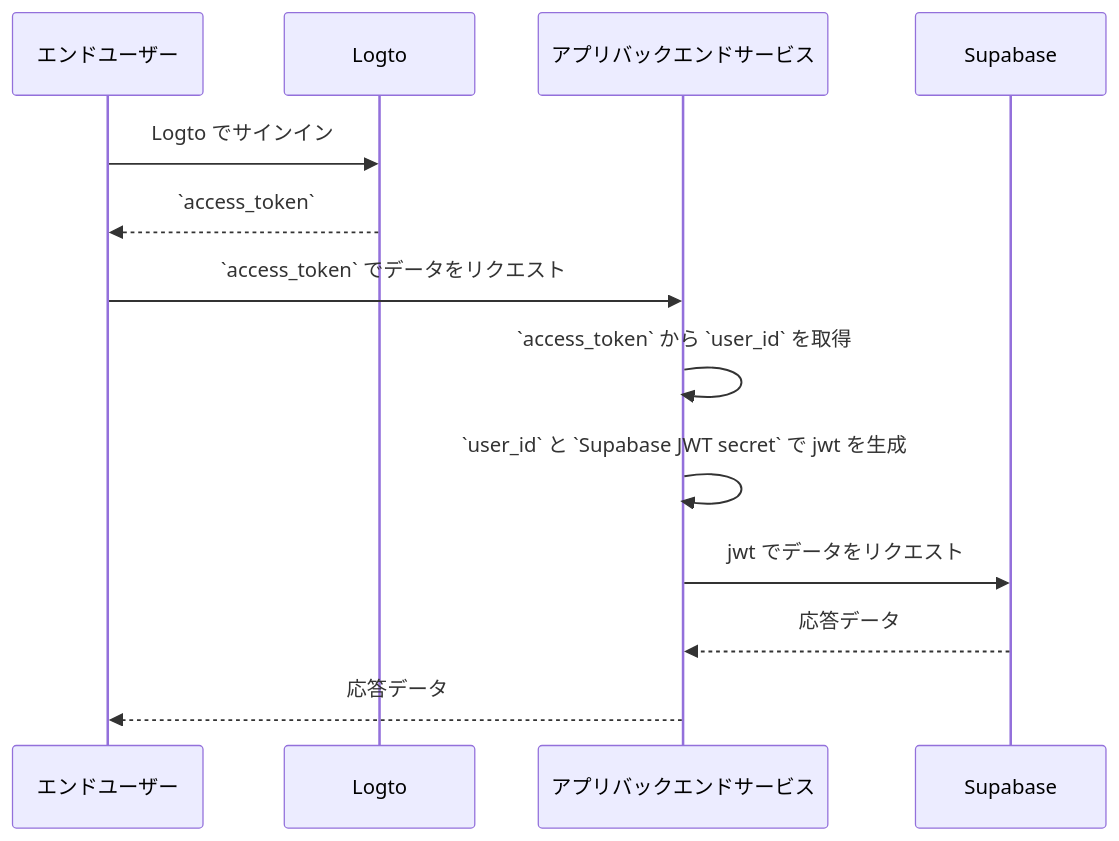
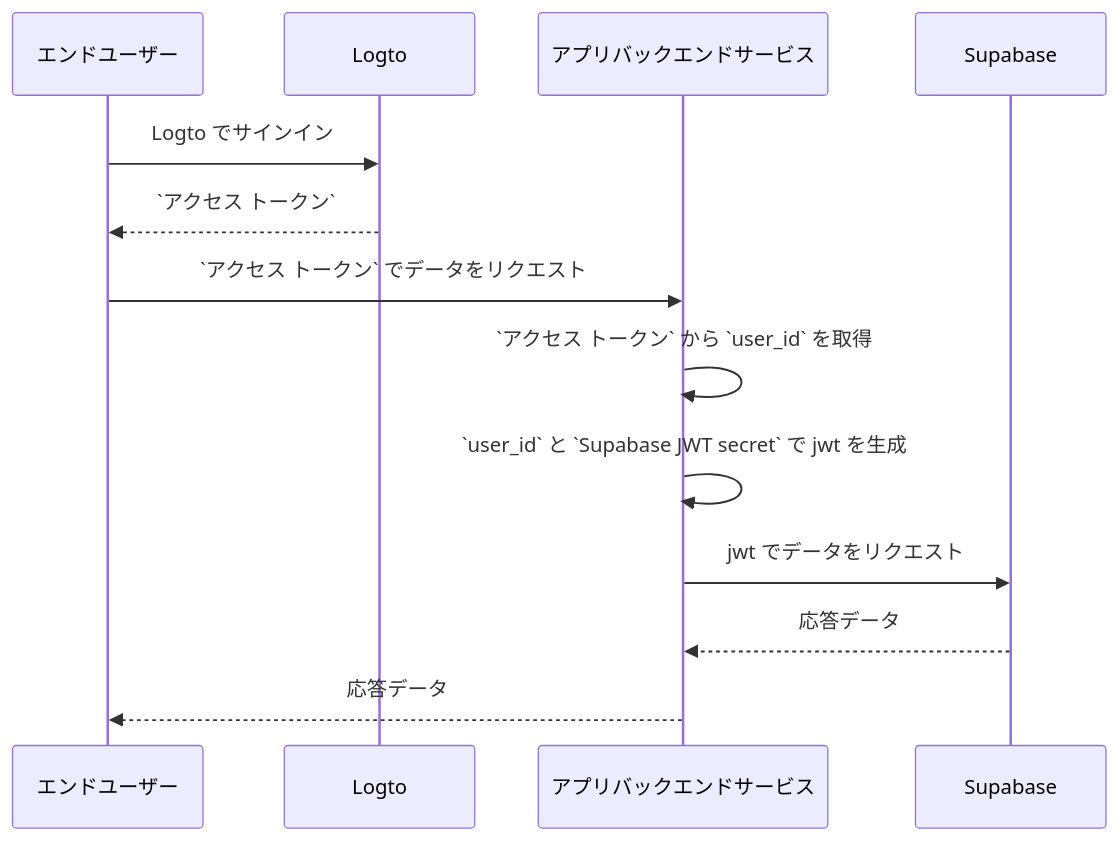
One commit to logto-io/docs changed the diagram in i18n/ja/docusaurus-plugin-content-docs/current/quick-starts/database/supabase/README.mdx. Above: the diagram before and after it, drawn with Mermaid. The commit also changed other lines of this file and 2629 other files, not shown here.

````diff
--- a/i18n/ja/docusaurus-plugin-content-docs/current/quick-starts/database/supabase/README.mdx
+++ b/i18n/ja/docusaurus-plugin-content-docs/current/quick-starts/database/supabase/README.mdx
@@ -107,16 +113,16 @@
 ```mermaid
 sequenceDiagram
 	Participant U as エンドユーザー
 	Participant Logto
 	Participant B as アプリバックエンドサービス
 	Participant Supabase
 
 	U->>Logto: Logto でサインイン
-	Logto-->>U: `access_token`
-	U->>B: `access_token` でデータをリクエスト
-	B->>B: `access_token` から `user_id` を取得
+	Logto-->>U: `アクセス トークン`
+	U->>B: `アクセス トークン` でデータをリクエスト
+	B->>B: `アクセス トークン` から `user_id` を取得
 	B->>B: `user_id` と `Supabase JWT secret` で jwt を生成
 	B->>Supabase: jwt でデータをリクエスト
 	Supabase-->>B: 応答データ
 	B-->>U: 応答データ
 ```
````
